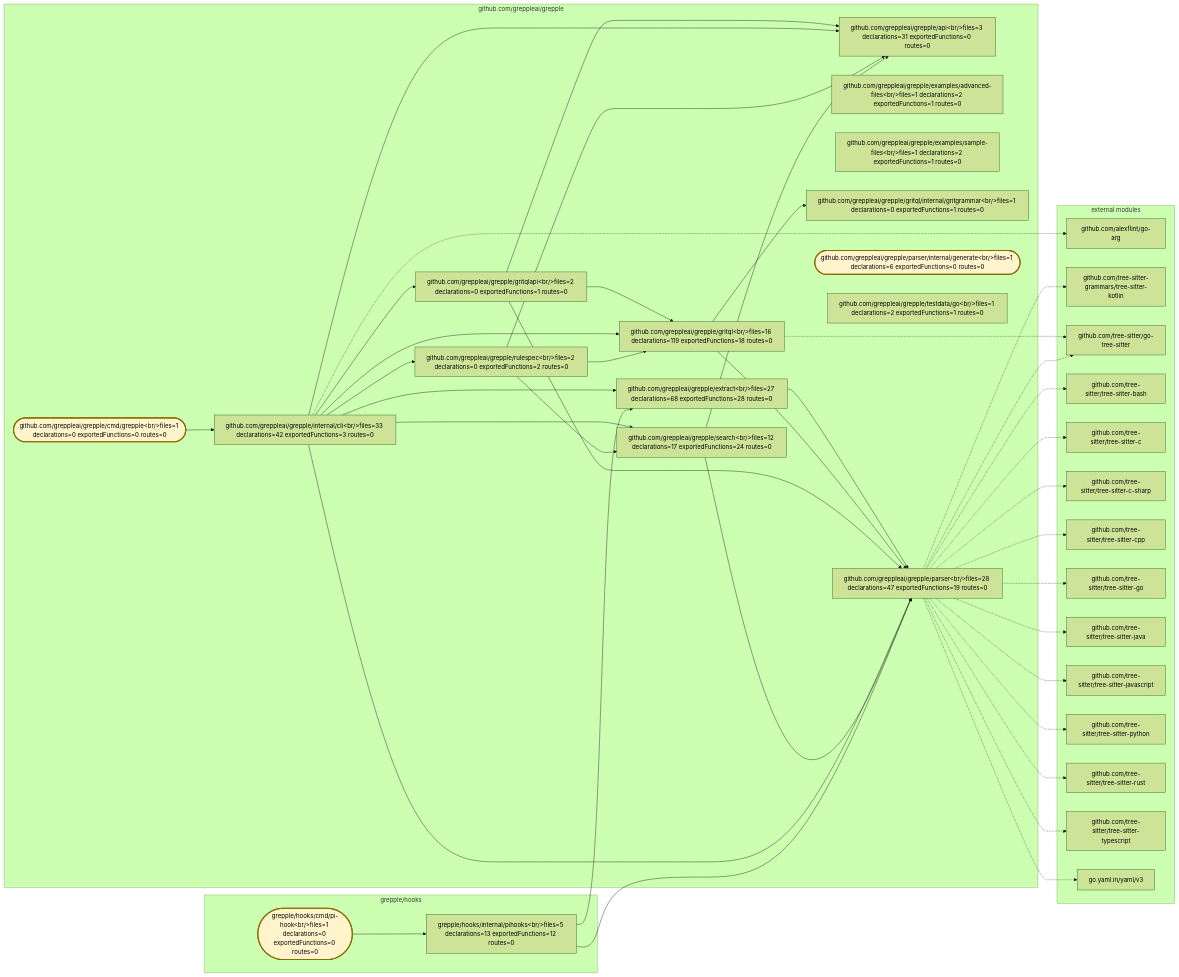
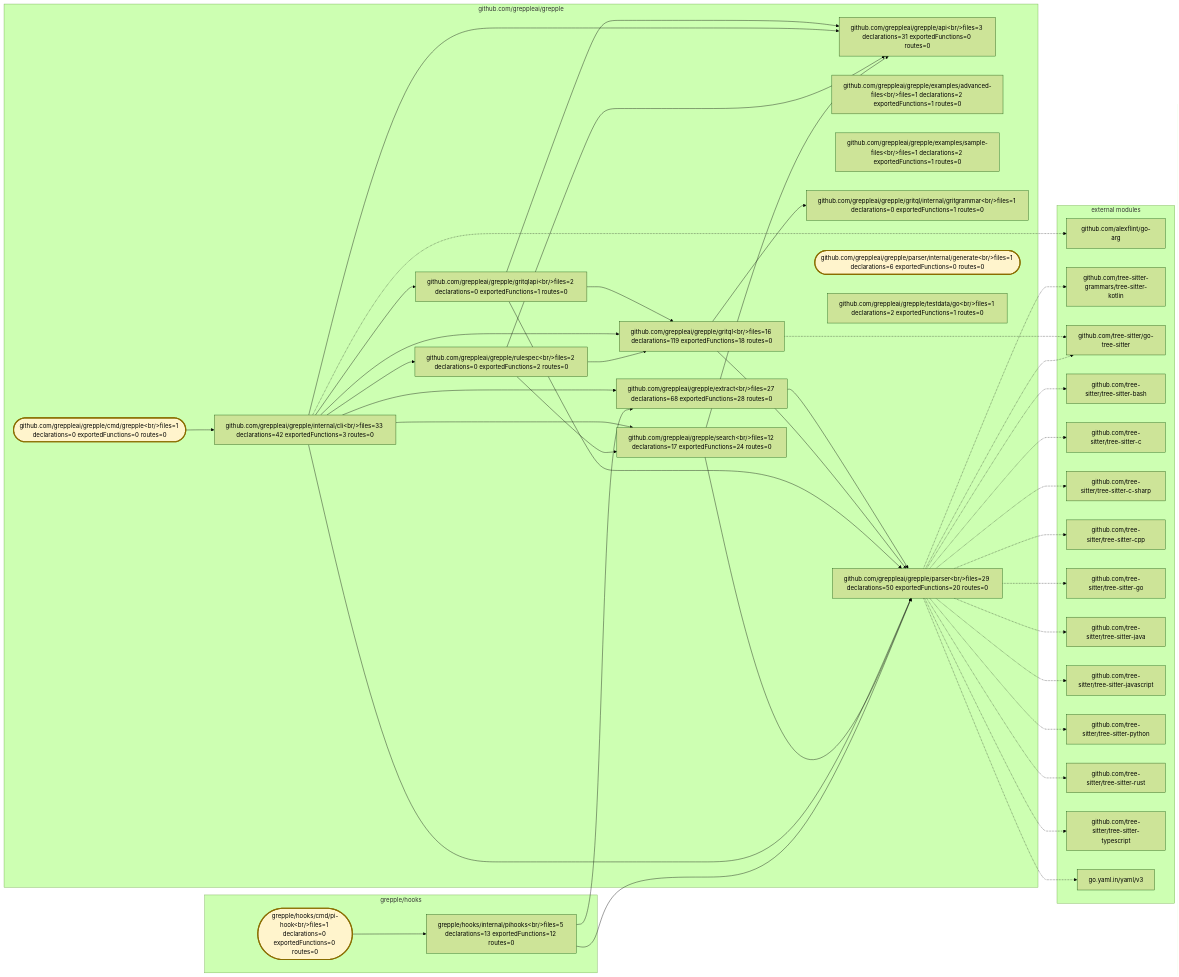
The diagram in .grepple/project.workspace/overview.mmd (greppleai/grepple), drawn with Mermaid (forest theme) before and after one commit. The commit also changed 35 other files, not shown here.

```diff
--- a/.grepple/project.workspace/overview.mmd
+++ b/.grepple/project.workspace/overview.mmd
@@ -1,78 +1,78 @@
 flowchart LR
     classDef entrypoint fill:#fff4cc,stroke:#8a6d00,stroke-width:3px
     subgraph module_0["github.com/greppleai/grepple"]
         package_0["github.com/greppleai/grepple/api&lt;br/&gt;files=3 declarations=31 exportedFunctions=0 routes=0"]
         package_1(["github.com/greppleai/grepple/cmd/grepple&lt;br/&gt;files=1 declarations=0 exportedFunctions=0 routes=0"])
         class package_1 entrypoint
         package_2["github.com/greppleai/grepple/examples/advanced-files&lt;br/&gt;files=1 declarations=2 exportedFunctions=1 routes=0"]
         package_3["github.com/greppleai/grepple/examples/sample-files&lt;br/&gt;files=1 declarations=2 exportedFunctions=1 routes=0"]
         package_4["github.com/greppleai/grepple/extract&lt;br/&gt;files=27 declarations=68 exportedFunctions=28 routes=0"]
         package_5["github.com/greppleai/grepple/gritql&lt;br/&gt;files=16 declarations=119 exportedFunctions=18 routes=0"]
         package_6["github.com/greppleai/grepple/gritql/internal/gritgrammar&lt;br/&gt;files=1 declarations=0 exportedFunctions=1 routes=0"]
         package_7["github.com/greppleai/grepple/gritqlapi&lt;br/&gt;files=2 declarations=0 exportedFunctions=1 routes=0"]
         package_8["github.com/greppleai/grepple/internal/cli&lt;br/&gt;files=33 declarations=42 exportedFunctions=3 routes=0"]
-        package_9["github.com/greppleai/grepple/parser&lt;br/&gt;files=28 declarations=47 exportedFunctions=19 routes=0"]
+        package_9["github.com/greppleai/grepple/parser&lt;br/&gt;files=29 declarations=50 exportedFunctions=20 routes=0"]
         package_10(["github.com/greppleai/grepple/parser/internal/generate&lt;br/&gt;files=1 declarations=6 exportedFunctions=0 routes=0"])
         class package_10 entrypoint
         package_11["github.com/greppleai/grepple/rulespec&lt;br/&gt;files=2 declarations=0 exportedFunctions=2 routes=0"]
         package_12["github.com/greppleai/grepple/search&lt;br/&gt;files=12 declarations=17 exportedFunctions=24 routes=0"]
         package_13["github.com/greppleai/grepple/testdata/go&lt;br/&gt;files=1 declarations=2 exportedFunctions=1 routes=0"]
     end
     subgraph module_1["grepple/hooks"]
         package_14(["grepple/hooks/cmd/pi-hook&lt;br/&gt;files=1 declarations=0 exportedFunctions=0 routes=0"])
         class package_14 entrypoint
         package_15["grepple/hooks/internal/pihooks&lt;br/&gt;files=5 declarations=13 exportedFunctions=12 routes=0"]
     end
     package_1 --> package_8
     package_4 --> package_9
     package_5 --> package_6
     package_5 --> package_9
     package_7 --> package_0
     package_7 --> package_5
     package_7 --> package_9
     package_8 --> package_0
     package_8 --> package_4
     package_8 --> package_5
     package_8 --> package_7
     package_8 --> package_9
     package_8 --> package_11
     package_8 --> package_12
     package_11 --> package_0
     package_11 --> package_5
     package_11 --> package_12
     package_12 --> package_0
     package_12 --> package_9
     package_14 --> package_15
     package_15 --> package_4
     package_15 --> package_9
     subgraph external_dependencies["external modules"]
         external_0["github.com/alexflint/go-arg"]
         external_1["github.com/tree-sitter-grammars/tree-sitter-kotlin"]
         external_2["github.com/tree-sitter/go-tree-sitter"]
         external_3["github.com/tree-sitter/tree-sitter-bash"]
         external_4["github.com/tree-sitter/tree-sitter-c"]
         external_5["github.com/tree-sitter/tree-sitter-c-sharp"]
         external_6["github.com/tree-sitter/tree-sitter-cpp"]
         external_7["github.com/tree-sitter/tree-sitter-go"]
         external_8["github.com/tree-sitter/tree-sitter-java"]
         external_9["github.com/tree-sitter/tree-sitter-javascript"]
         external_10["github.com/tree-sitter/tree-sitter-python"]
         external_11["github.com/tree-sitter/tree-sitter-rust"]
         external_12["github.com/tree-sitter/tree-sitter-typescript"]
         external_13["go.yaml.in/yaml/v3"]
     end
     package_8 -.-> external_0
     package_9 -.-> external_1
     package_5 -.-> external_2
     package_9 -.-> external_2
     package_9 -.-> external_3
     package_9 -.-> external_4
     package_9 -.-> external_5
     package_9 -.-> external_6
     package_9 -.-> external_7
     package_9 -.-> external_8
     package_9 -.-> external_9
     package_9 -.-> external_10
     package_9 -.-> external_11
     package_9 -.-> external_12
     package_9 -.-> external_13
```
